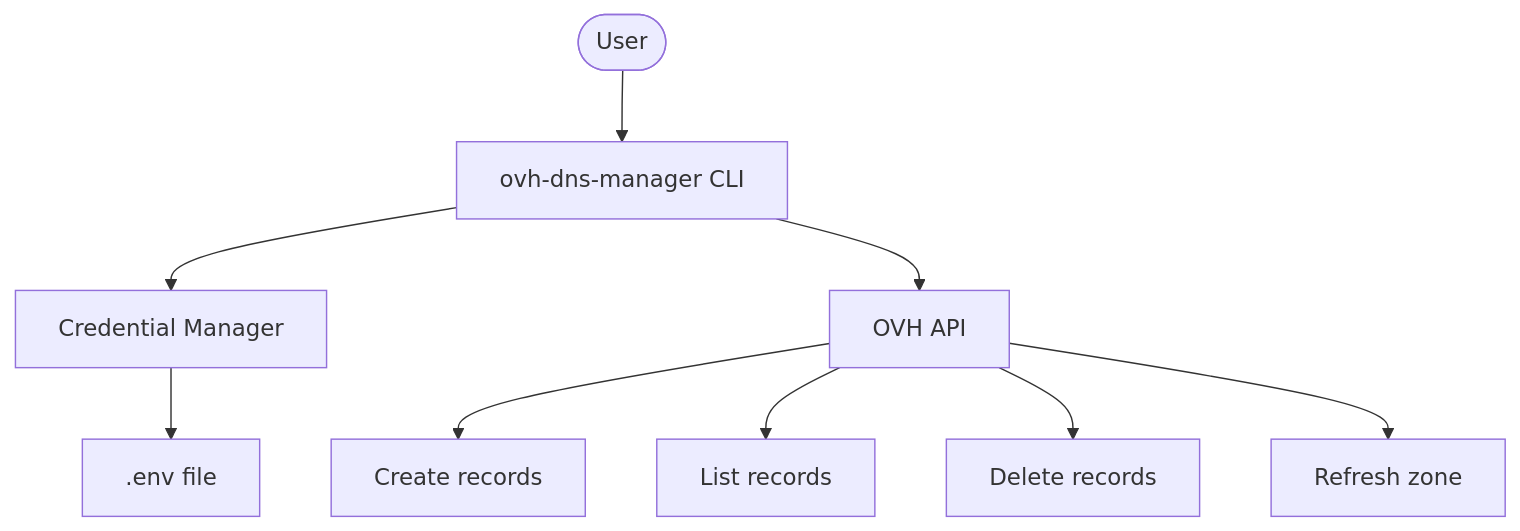
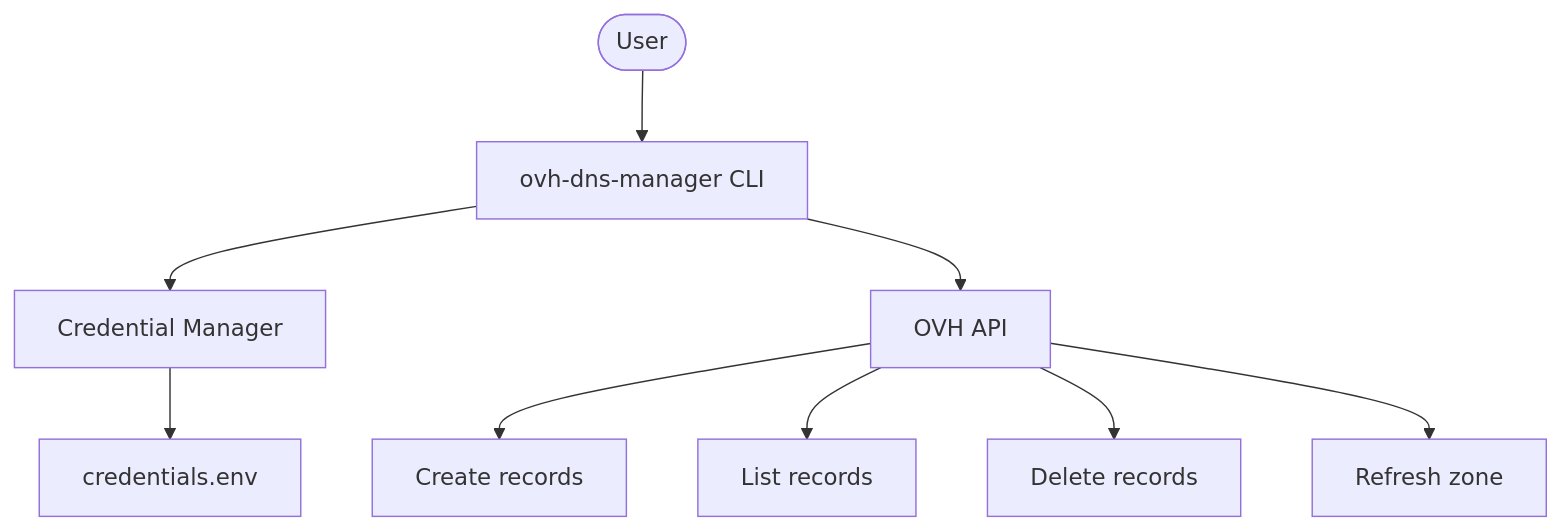
One commit to obeone/ovh-dns-manager changed the diagram in README.md. Above: the diagram before and after it, drawn with Mermaid. The commit also changed other lines of this file, not shown here.

First line of the commit message:
docs(readme): update stale .env references to credentials.env

````diff
--- a/README.md
+++ b/README.md
@@ -9,11 +9,11 @@
 ```mermaid
 flowchart TB
     User([User]) --> CLI[ovh-dns-manager CLI]
     CLI --> Creds[Credential Manager]
-    Creds --> DotEnv[.env file]
+    Creds --> CredFile[credentials.env]
     CLI --> OVH[OVH API]
     OVH --> Create[Create records]
     OVH --> List[List records]
     OVH --> Delete[Delete records]
     OVH --> Refresh[Refresh zone]
 ```
````
